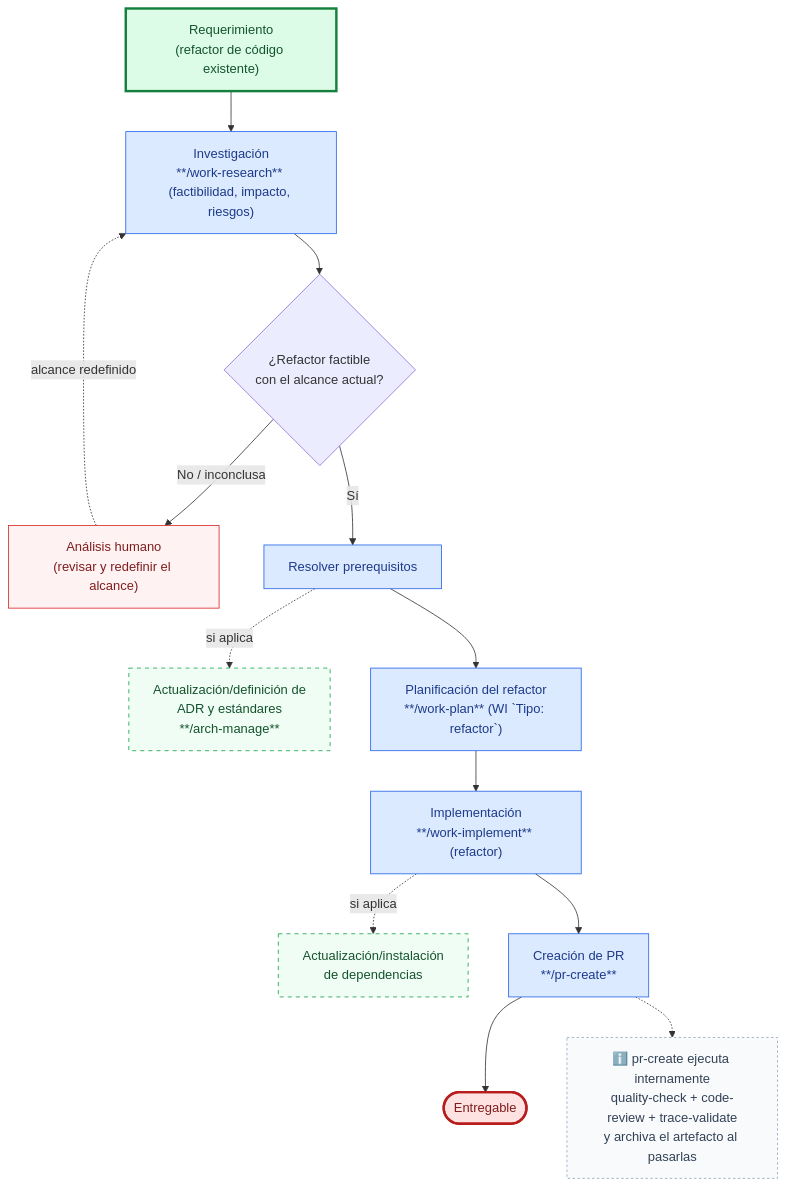
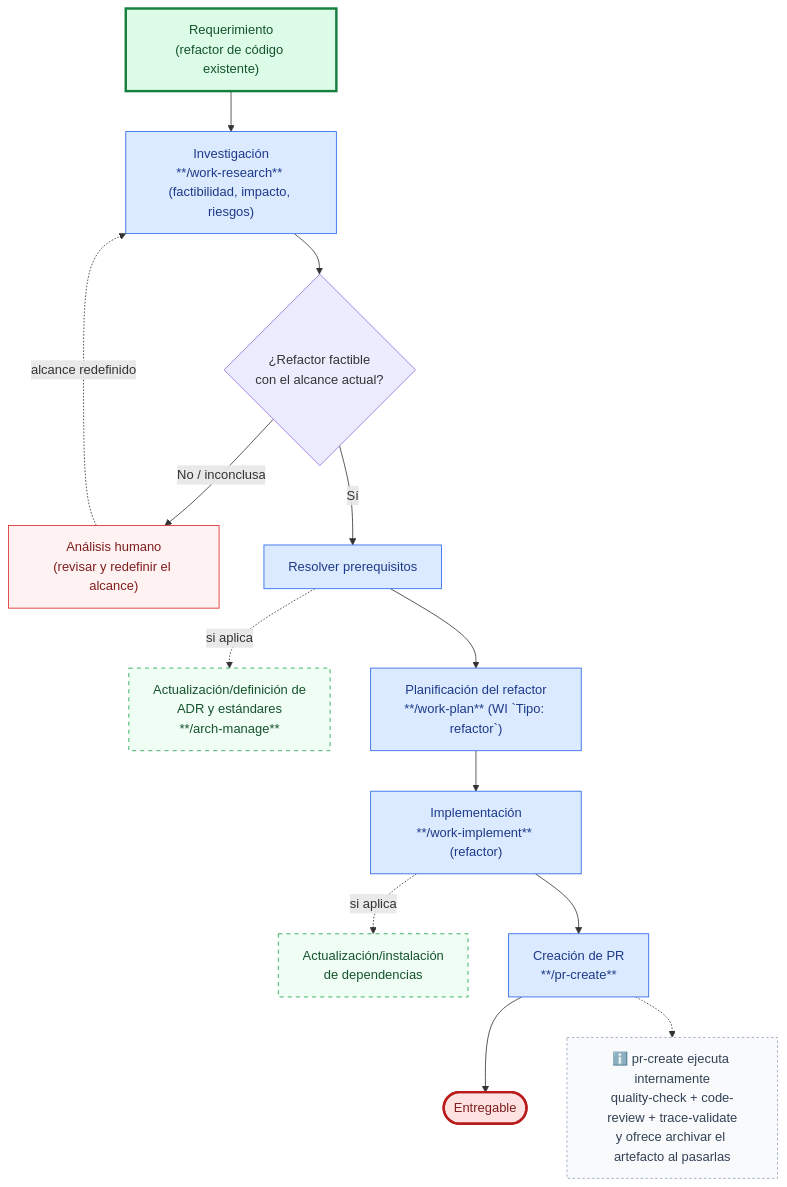
Before and after one commit to juanca202/ai: the diagram in docs/use-cases/refactor.md, drawn with Mermaid. The commit also changed other lines of this file and 19 other files, not shown here.

````diff
--- a/docs/use-cases/refactor.md
+++ b/docs/use-cases/refactor.md
@@ -5,29 +5,29 @@
 ```mermaid
 flowchart TD
     A["Requerimiento<br/>(refactor de código existente)"] --> B["Investigación<br/>**/work-research** (factibilidad, impacto, riesgos)"]
     B --> C{"¿Refactor factible<br/>con el alcance actual?"}
     C -->|"No / inconclusa"| H["Análisis humano<br/>(revisar y redefinir el alcance)"]
     H -.->|"alcance redefinido"| B
     C -->|"Sí"| P["Resolver prerequisitos"]
     P -.->|"si aplica"| ADR["Actualización/definición de<br/>ADR y estándares<br/>**/arch-manage**"]
     P --> F["Planificación del refactor<br/>**/work-plan** (WI `Tipo: refactor`)"]
     F --> G["Implementación<br/>**/work-implement** (refactor)"]
     G -.->|"si aplica"| DEP["Actualización/instalación<br/>de dependencias"]
     G --> I["Creación de PR<br/>**/pr-create**"]
     I --> J(["Entregable"])
-    NOTE["ℹ️ pr-create ejecuta internamente<br/>quality-check + code-review + trace-validate<br/>y archiva el artefacto al pasarlas"]
+    NOTE["ℹ️ pr-create ejecuta internamente<br/>quality-check + code-review + trace-validate<br/>y ofrece archivar el artefacto al pasarlas"]
     I -.-> NOTE
 
     classDef main fill:#dbeafe,stroke:#2563eb,color:#1e3a8a
     classDef human fill:#fef2f2,stroke:#dc2626,color:#7f1d1d
     classDef optional fill:#f0fdf4,stroke:#16a34a,stroke-dasharray:5 5,color:#14532d
     classDef entryPoint fill:#dcfce7,stroke:#15803d,stroke-width:3px,color:#14532d
     classDef exitPoint fill:#fee2e2,stroke:#b91c1c,stroke-width:3px,color:#7f1d1d
     classDef note fill:#f8fafc,stroke:#94a3b8,stroke-width:1px,stroke-dasharray:3 3,color:#334155
     class B,P,F,G,I main
     class H human
     class ADR,DEP optional
     class A entryPoint
     class J exitPoint
     class NOTE note
 ```
````
